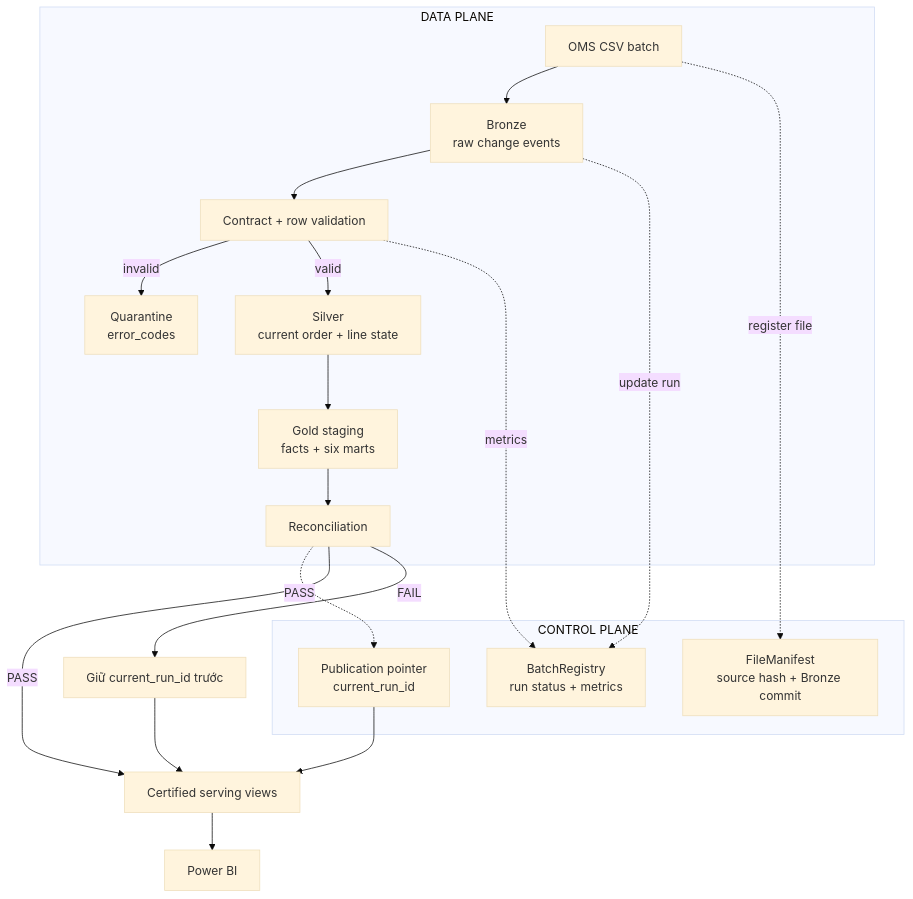
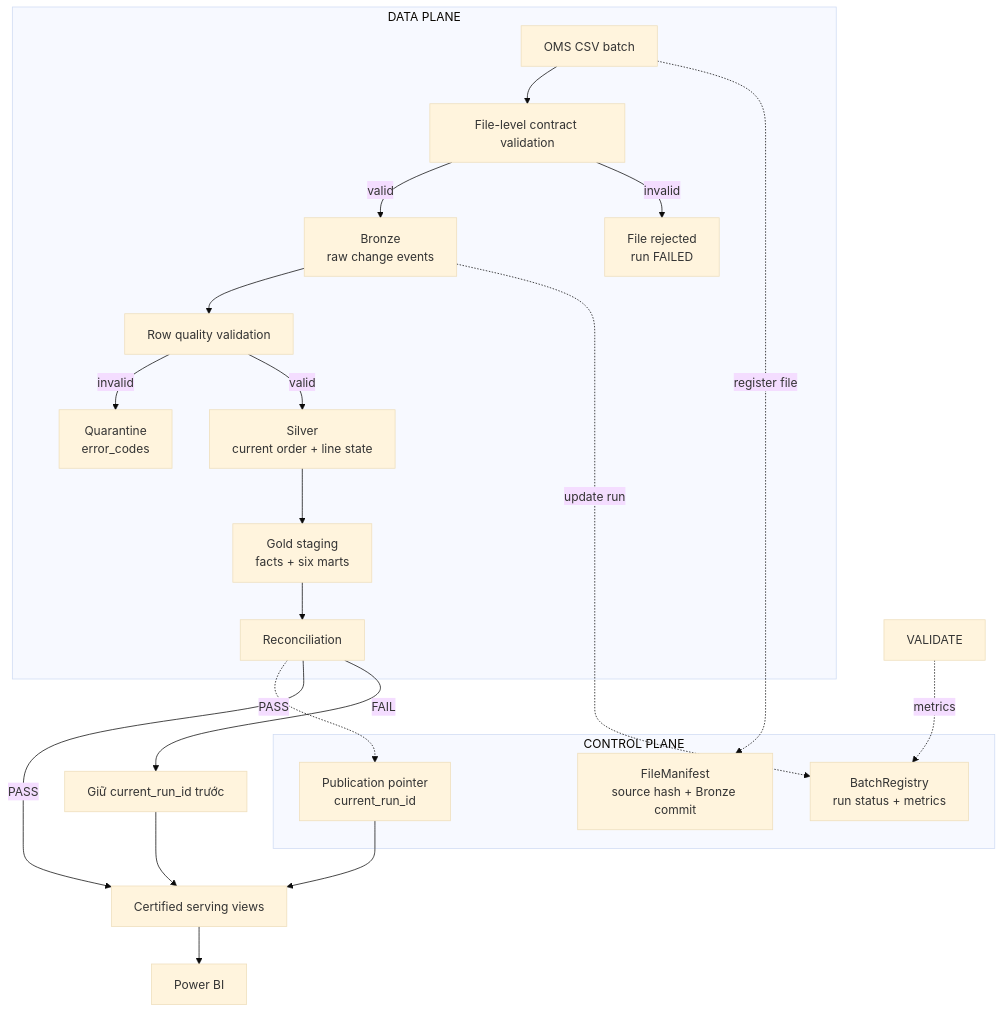
The diagram in README.md (abyssync-lab/Ecommerce-Lakehouse-Analytics), drawn with Mermaid (base theme) before and after one commit. The commit also changed other lines of this file and 16 other files, not shown here.

````diff
--- a/README.md
+++ b/README.md
@@ -57,27 +58,29 @@
 ```mermaid
 flowchart TD
     subgraph CONTROL["CONTROL PLANE"]
         FILES["FileManifest\nsource hash + Bronze commit"]
         RUNS["BatchRegistry\nrun status + metrics"]
         PUB["Publication pointer\ncurrent_run_id"]
     end
 
     subgraph DATA["DATA PLANE"]
-        OMS["OMS CSV batch"] --> BRONZE["Bronze\nraw change events"]
-        BRONZE --> VALIDATE["Contract + row validation"]
-        VALIDATE -->|invalid| QUARANTINE["Quarantine\nerror_codes"]
-        VALIDATE -->|valid| SILVER["Silver\ncurrent order + line state"]
+        OMS["OMS CSV batch"] --> FILE_VALIDATE["File-level contract validation"]
+        FILE_VALIDATE -->|valid| BRONZE["Bronze\nraw change events"]
+        FILE_VALIDATE -->|invalid| FILE_FAIL["File rejected\nrun FAILED"]
+        BRONZE --> ROW_VALIDATE["Row quality validation"]
+        ROW_VALIDATE -->|invalid| QUARANTINE["Quarantine\nerror_codes"]
+        ROW_VALIDATE -->|valid| SILVER["Silver\ncurrent order + line state"]
         SILVER --> GOLD["Gold staging\nfacts + six marts"]
         GOLD --> RECON["Reconciliation"]
     end
 
     OMS -. register file .-> FILES
     BRONZE -. update run .-> RUNS
     VALIDATE -. metrics .-> RUNS
     RECON -. PASS .-> PUB
     RECON -->|PASS| SERVING["Certified serving views"]
     RECON -->|FAIL| PREVIOUS["Giữ current_run_id trước"]
     PUB --> SERVING
     PREVIOUS --> SERVING
     SERVING --> POWERBI["Power BI"]
 ```
````
